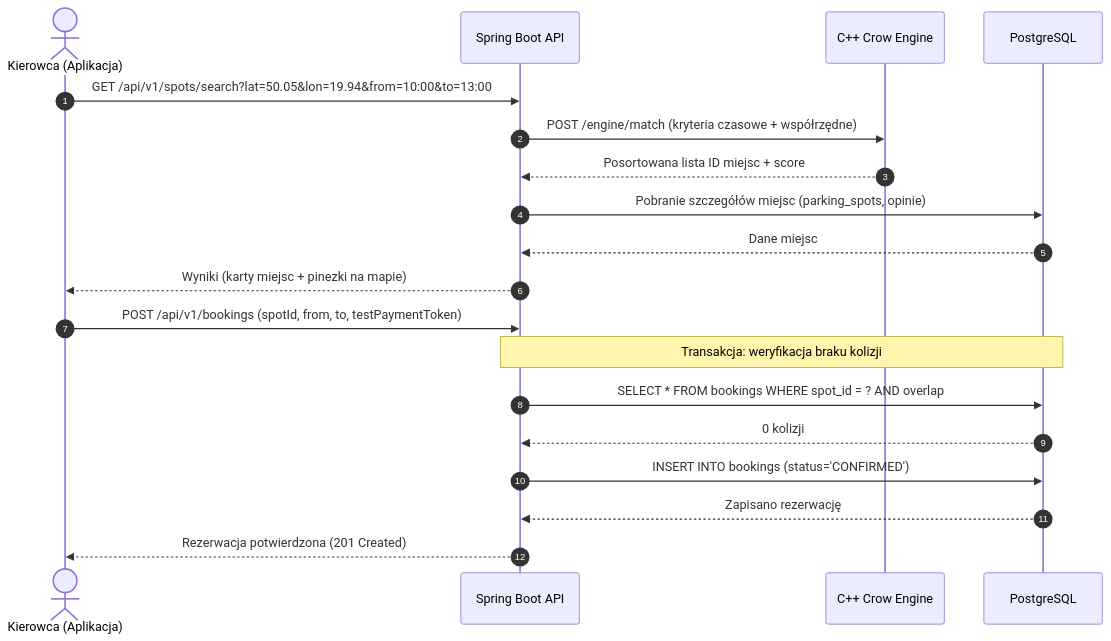
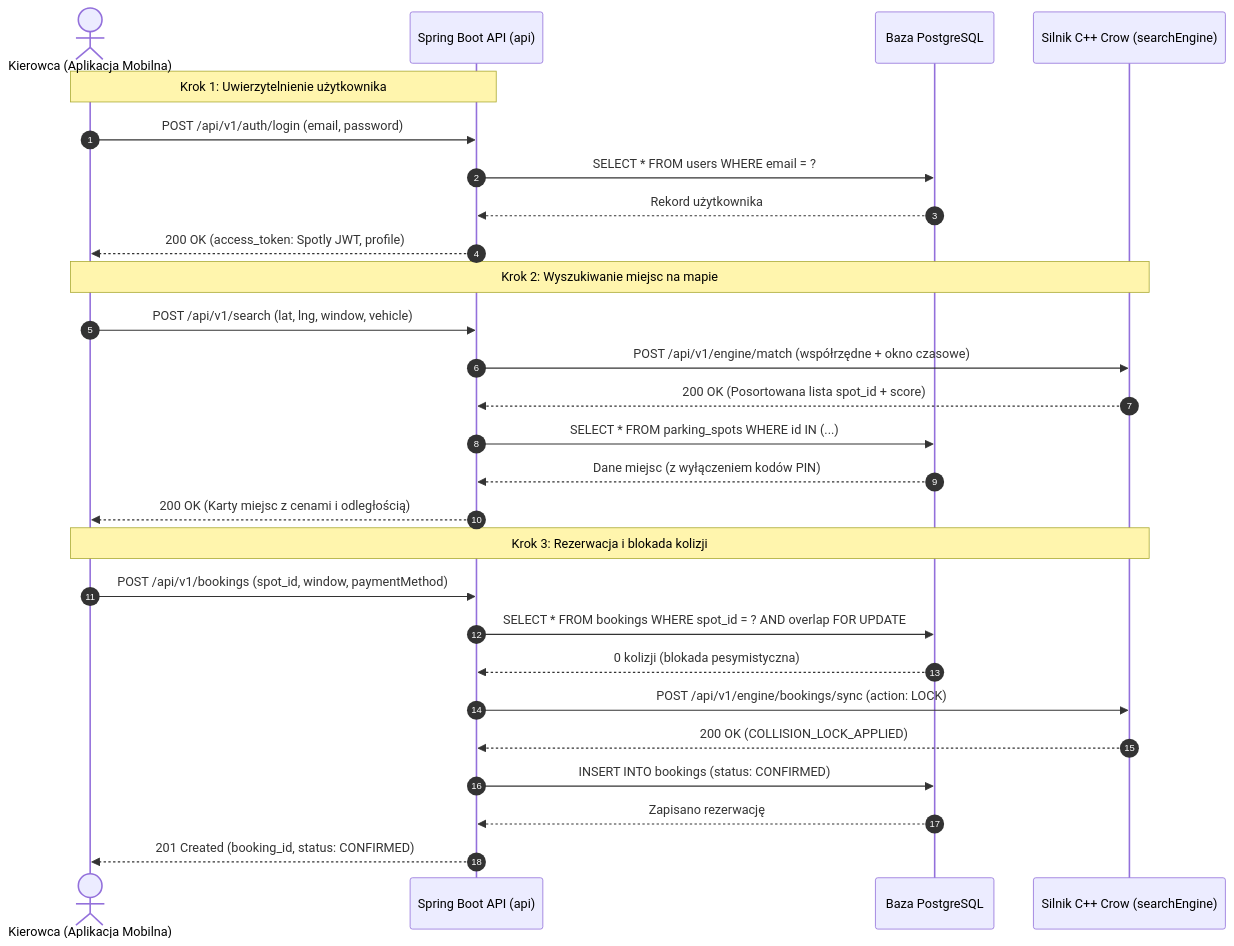
Before and after one commit to florep17/Spotlly: the second of 5 diagrams in docs/architecture.md, drawn with Mermaid. The commit also changed other lines of this file and 1 other file, not shown here.

Commit message:
docs(architecture): add ADR records and complete 4+1 views (component, sequence, communication, ERD, DFD)

````diff
--- a/docs/architecture.md
+++ b/docs/architecture.md
@@ -75,23 +93,32 @@
 ```mermaid
 sequenceDiagram
     autonumber
-    actor Driver as Kierowca (Aplikacja)
-    participant API as Spring Boot API
-    participant Engine as C++ Crow Engine
-    participant DB as PostgreSQL
+    actor Driver as Kierowca (Aplikacja Mobilna)
+    participant Spring as Spring Boot API (api)
+    participant Postgres as Baza PostgreSQL
+    participant Crow as Silnik C++ Crow (searchEngine)
 
-    Driver->>API: GET /api/v1/spots/search?lat=50.05&lon=19.94&from=10:00&to=13:00
-    API->>Engine: POST /engine/match (kryteria czasowe + współrzędne)
-    Engine-->>API: Posortowana lista ID miejsc + score
-    API->>DB: Pobranie szczegółów miejsc (parking_spots, opinie)
-    DB-->>API: Dane miejsc
-    API-->>Driver: Wyniki (karty miejsc + pinezki na mapie)
+    Note over Driver,Spring: Krok 1: Uwierzytelnienie użytkownika
+    Driver->>Spring: POST /api/v1/auth/login (email, password)
+    Spring->>Postgres: SELECT * FROM users WHERE email = ?
+    Postgres-->>Spring: Rekord użytkownika
+    Spring-->>Driver: 200 OK (access_token: Spotly JWT, profile)
 
-    Driver->>API: POST /api/v1/bookings (spotId, from, to, testPaymentToken)
-    Note over API,DB: Transakcja: weryfikacja braku kolizji
-    API->>DB: SELECT * FROM bookings WHERE spot_id = ? AND overlap
-    DB-->>API: 0 kolizji
-    API->>DB: INSERT INTO bookings (status='CONFIRMED')
-    DB-->>API: Zapisano rezerwację
-    API-->>Driver: Rezerwacja potwierdzona (201 Created)
+    Note over Driver,Crow: Krok 2: Wyszukiwanie miejsc na mapie
+    Driver->>Spring: POST /api/v1/search (lat, lng, window, vehicle)
+    Spring->>Crow: POST /api/v1/engine/match (współrzędne + okno czasowe)
+    Crow-->>Spring: 200 OK (Posortowana lista spot_id + score)
+    Spring->>Postgres: SELECT * FROM parking_spots WHERE id IN (...)
+    Postgres-->>Spring: Dane miejsc (z wyłączeniem kodów PIN)
+    Spring-->>Driver: 200 OK (Karty miejsc z cenami i odległością)
+
+    Note over Driver,Crow: Krok 3: Rezerwacja i blokada kolizji
+    Driver->>Spring: POST /api/v1/bookings (spot_id, window, paymentMethod)
+    Spring->>Postgres: SELECT * FROM bookings WHERE spot_id = ? AND overlap FOR UPDATE
+    Postgres-->>Spring: 0 kolizji (blokada pesymistyczna)
+    Spring->>Crow: POST /api/v1/engine/bookings/sync (action: LOCK)
+    Crow-->>Spring: 200 OK (COLLISION_LOCK_APPLIED)
+    Spring->>Postgres: INSERT INTO bookings (status: CONFIRMED)
+    Postgres-->>Spring: Zapisano rezerwację
+    Spring-->>Driver: 201 Created (booking_id, status: CONFIRMED)
 ```
````
